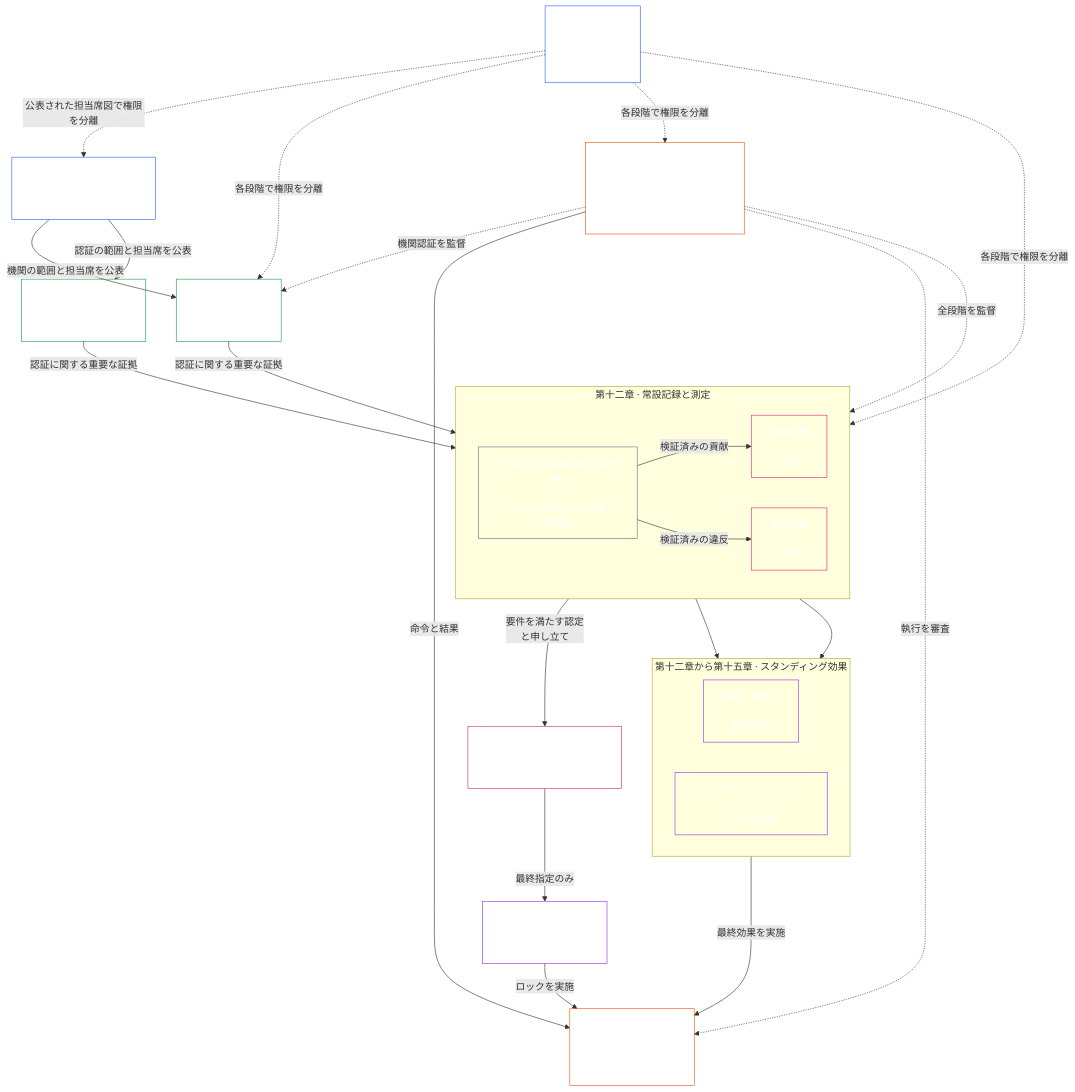
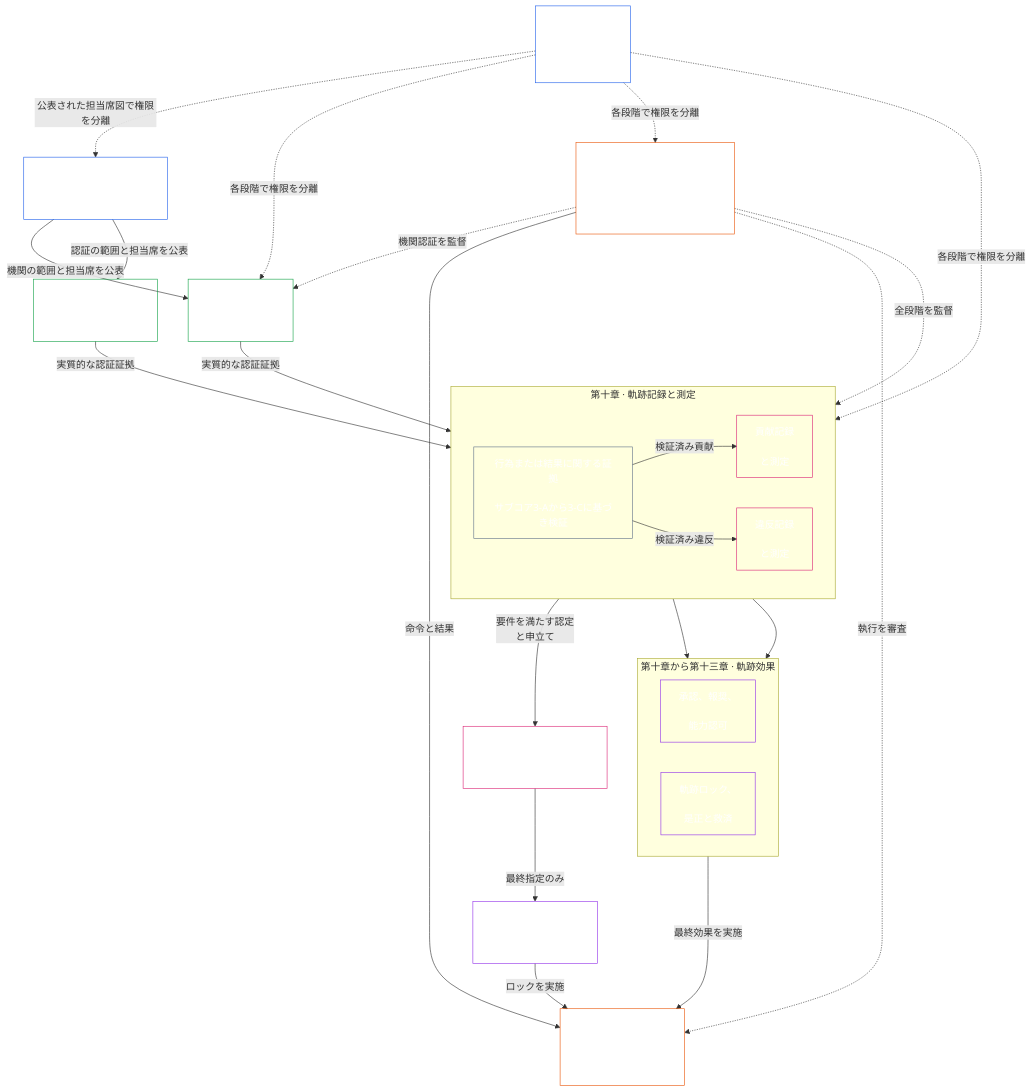
One commit to kfoelsch/Sentient_Constitution changed the second of 2 diagrams in project/translation_drafts/2026-11-26/ch00_ch01_resync/ja__core_01.000_constitutional_map.md. Above: the diagram before and after it, drawn with Mermaid. The commit also changed other lines of this file and 22 other files, not shown here.

````diff
--- a/project/translation_drafts/2026-11-26/ch00_ch01_resync/ja__core_01.000_constitutional_map.md
+++ b/project/translation_drafts/2026-11-26/ch00_ch01_resync/ja__core_01.000_constitutional_map.md
@@ -238,55 +256,55 @@
 ```mermaid
 flowchart TB
-    D["第八章<br/><br/>機能的独立性<br/>と職務分離"]
-    H["第七章<br/><br/>システムおよび機関憲章"]
-    S["第十章<br/><br/>システム整合性認証"]
-    I["第十一章<br/><br/>機関整合性認証"]
-    subgraph Q["第十二章 · 常設記録と測定"]
+    D["第六章<br/><br/>機能的独立性<br/>と職務分離"]
+    H["第五章<br/><br/>システムおよび機関憲章"]
+    S["第八章<br/><br/>システム整合性認証"]
+    I["第九章<br/><br/>機関整合性認証"]
+    subgraph Q["第十章 · 軌跡記録と測定"]
         direction LR
         E["行為または結果に関する証拠<br/><br/>サブコア3-Aから3-Cに基づき検証"]
         C["貢献記録<br/><br/>と測定"]
         V["違反記録<br/><br/>と測定"]
     end
-    subgraph N["第十二章から第十五章 · スタンディング効果"]
+    subgraph N["第十章から第十三章 · 軌跡効果"]
         direction LR
-        U["承認、報奨、<br/><br/>能力認定"]
-        R["スタンディング・ロック、<br/><br/>訂正と救済"]
+        U["承認、報奨、<br/><br/>能力認可"]
+        R["軌跡ロック、<br/><br/>是正と救済"]
     end
-    M["第十六章<br/><br/>反憲法的な不正行為の審査"]
-    L["第十四章<br/><br/>反憲法的信頼ロック"]
-    F["第十八・十九章のフォーラム<br/><br/>監督、異議申立て、適時の審査"]
-    X["第二十一・二十二章<br/><br/>執行：結果の実施、<br/>限界内の特別執行"]
+    M["第十四章<br/><br/>反憲法的不正行為の審査"]
+    L["第十二章<br/><br/>反憲法的信頼ロック"]
+    F["第十六章・第十七章のフォーラム<br/><br/>監督、異議申立て、適時審査"]
+    X["第十九章・第二十章<br/><br/>執行：結果の実施、<br/>限界内の特別執行"]
     D -.->|公表された担当席図で権限を分離| H
     H -->|機関の範囲と担当席を公表| I
     H -->|認証の範囲と担当席を公表| S
     D -.->|各段階で権限を分離| I
     D -.->|各段階で権限を分離| E
     D -.->|各段階で権限を分離| F
     C --> U
     V --> R
     M -->|最終指定のみ| L
-    V -->|要件を満たす認定<br/>と申し立て| M
-    S -->|認証に関する重要な証拠| E
-    I -->|認証に関する重要な証拠| E
-    E -->|検証済みの貢献| C
-    E -->|検証済みの違反| V
+    V -->|要件を満たす認定<br/>と申立て| M
+    S -->|実質的な認証証拠| E
+    I -->|実質的な認証証拠| E
+    E -->|検証済み貢献| C
+    E -->|検証済み違反| V
     F -.->|全段階を監督| E
     F -.->|機関認証を監督| I
     R -->|最終効果を実施| X
     L -->|ロックを実施| X
     F -->|命令と結果| X
     F -.->|執行を審査| X
     style H fill:none,stroke:#2563eb,color:#ffffff
     style D fill:none,stroke:#2563eb,color:#ffffff
     style S fill:none,stroke:#16a34a,color:#ffffff
     style I fill:none,stroke:#16a34a,color:#ffffff
     style E fill:none,stroke:#64748b,color:#ffffff
     style C fill:none,stroke:#db2777,color:#ffffff
     style V fill:none,stroke:#db2777,color:#ffffff
     style U fill:none,stroke:#9333ea,color:#ffffff
     style R fill:none,stroke:#9333ea,color:#ffffff
     style M fill:none,stroke:#db2777,color:#ffffff
     style L fill:none,stroke:#9333ea,color:#ffffff
     style F fill:none,stroke:#ea580c,color:#ffffff
     style X fill:none,stroke:#ea580c,color:#ffffff
 ```
````
